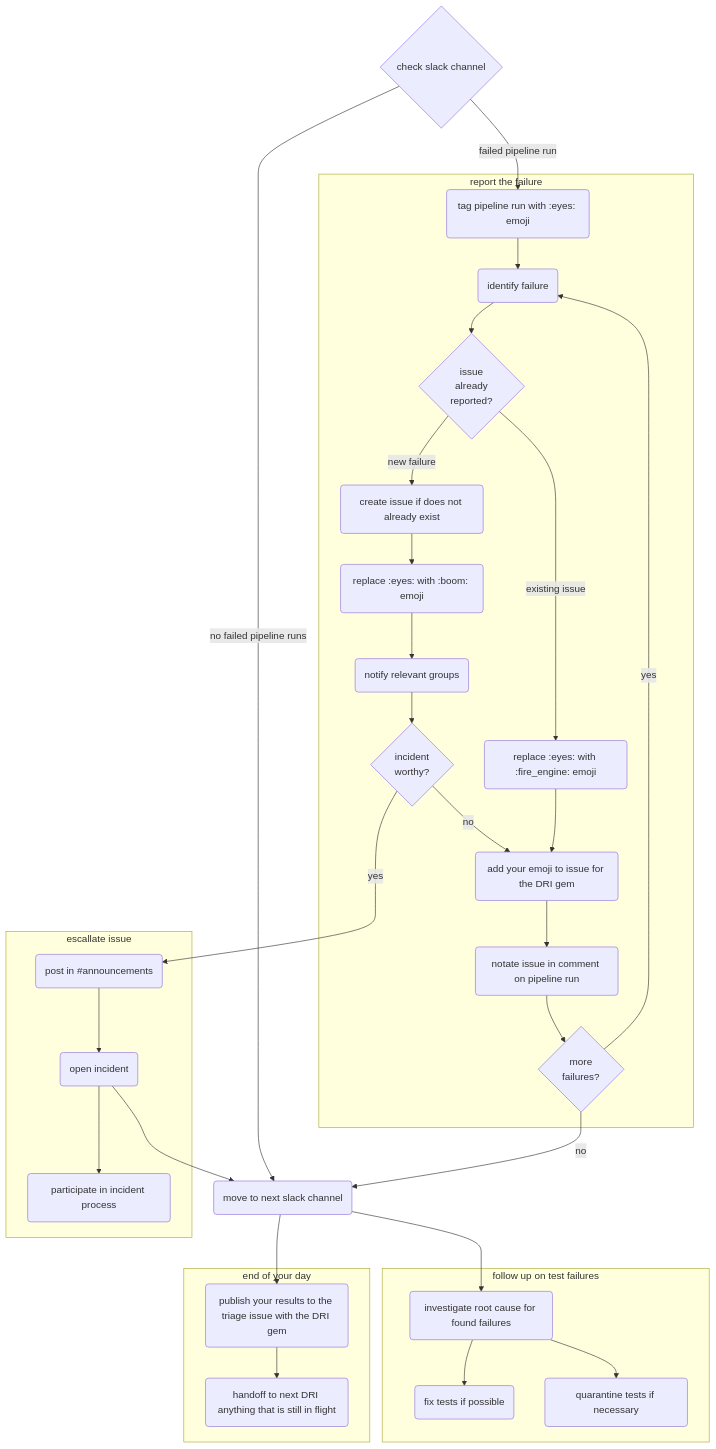
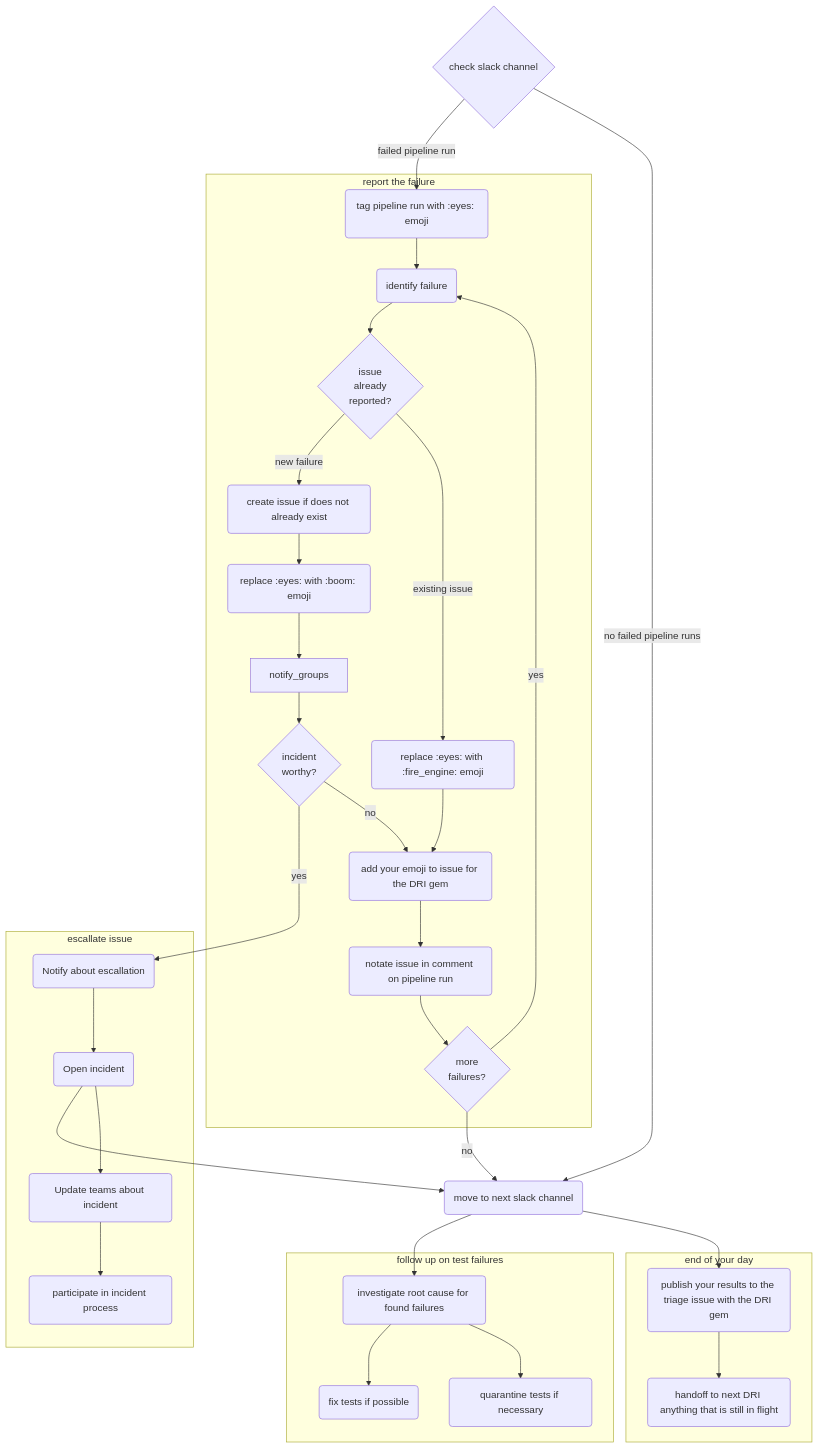
Before and after one commit to secretstartups/handbook: the diagram in quality/quality-engineering/debugging-qa-test-failures/index.html.md, drawn with Mermaid.

Commit message:
Enhancing flow on QA triage diagram

```diff
--- a/quality/quality-engineering/debugging-qa-test-failures/index.html.md
+++ b/quality/quality-engineering/debugging-qa-test-failures/index.html.md
@@ -44,14 +44,14 @@
         new_issue(create issue if does not already exist)
         tag_pipeline(notate issue in comment on pipeline run)
         incident{incident\nworthy?}
-        notify_announcements(post in #announcements)
-        open_incident(open incident)
+        notify_incident(Notify about escallation)
+        open_incident(Open incident)
+        update_incident(Update teams about incident)
         eyes(tag pipeline run with :eyes: emoji)
         fire_engine(replace :eyes: with :fire_engine: emoji)
         boom(replace :eyes: with :boom: emoji)
         another_failure{more\nfailures?}
         investigate(investigate root cause for found failures)
-        notify_groups(notify relevant groups )
         fix_tests(fix tests if possible)
         quarantine_tests(quarantine tests if necessary)
         monitor_incident(participate in incident process)
@@ -64,7 +64,7 @@
         click new_issue "https://about.gitlab.com/handbook/engineering/quality/quality-engineering/debugging-qa-test-failures/#create-an-issue"
         click existing_issue "https://about.gitlab.com/handbook/engineering/quality/quality-engineering/debugging-qa-test-failures/#known-failures"
         click investigate "https://about.gitlab.com/handbook/engineering/quality/quality-engineering/debugging-qa-test-failures/#investigate-the-root-cause"
-        click incident "https://about.gitlab.com/handbook/engineering/quality/quality-engineering/debugging-qa-test-failures/#failure-needs-escalation"
+        click incident "https://about.gitlab.com/handbook/engineering/infrastructure/incident-management/#report-an-incident-via-slack"
         click notify_groups "https://about.gitlab.com/handbook/engineering/quality/quality-engineering/debugging-qa-test-failures/#notify-group-in-all-cases"
         click fix_tests "https://about.gitlab.com/handbook/engineering/quality/quality-engineering/debugging-qa-test-failures/#fixing-the-test"
         click quarantine_tests "https://about.gitlab.com/handbook/engineering/quality/quality-engineering/debugging-qa-test-failures/#quarantining-tests"
@@ -75,6 +75,8 @@
         click boom "https://about.gitlab.com/handbook/engineering/quality/quality-engineering/debugging-qa-test-failures/#emojis-used"
       	click tag_issue_for_report "https://gitlab.com/gitlab-org/quality/dri#configuration"
 			  click publish_results "https://gitlab.com/gitlab-org/quality/dri#4-publish"
+        click notify_incident "https://about.gitlab.com/handbook/engineering/quality/quality-engineering/debugging-qa-test-failures/#failure-needs-escalation"
+        click update_incident "https://about.gitlab.com/handbook/engineering/quality/quality-engineering/debugging-qa-test-failures/#notify-group-in-all-cases"
 
         %% diagram
         slack_channels -->|failed pipeline run| eyes
@@ -82,7 +84,7 @@
 
 				open_incident --> next_channel
    			another_failure -->|no| next_channel
-        incident -->|yes| notify_announcements
+        incident -->|yes| notify_incident
 
 				next_channel --> investigate
 				next_channel --> publish_results
@@ -104,8 +106,9 @@
 				end
 
 				subgraph escallate issue
-				  notify_announcements --> open_incident
-				  open_incident --> monitor_incident
+				  notify_incident --> open_incident
+				  open_incident --> update_incident
+          update_incident --> monitor_incident
 				end
 
 				subgraph follow up on test failures
```
